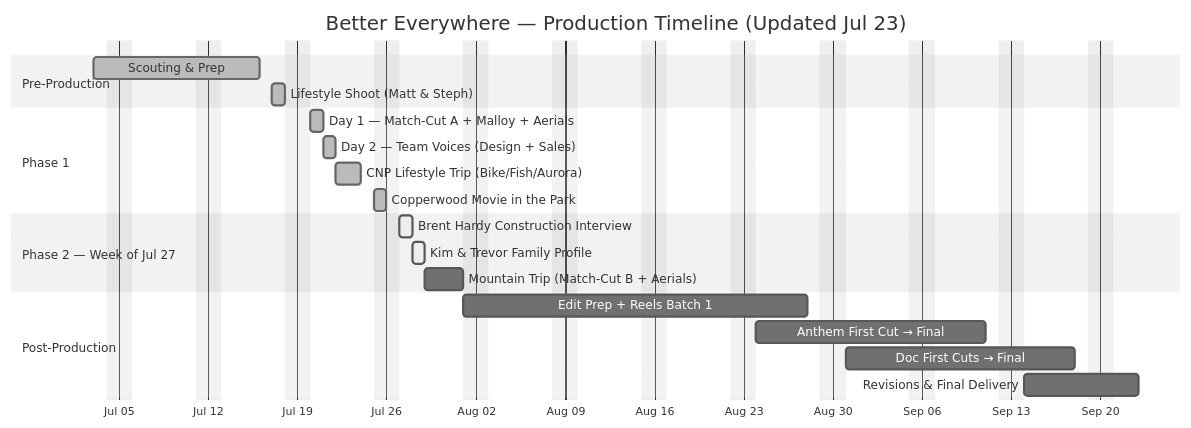
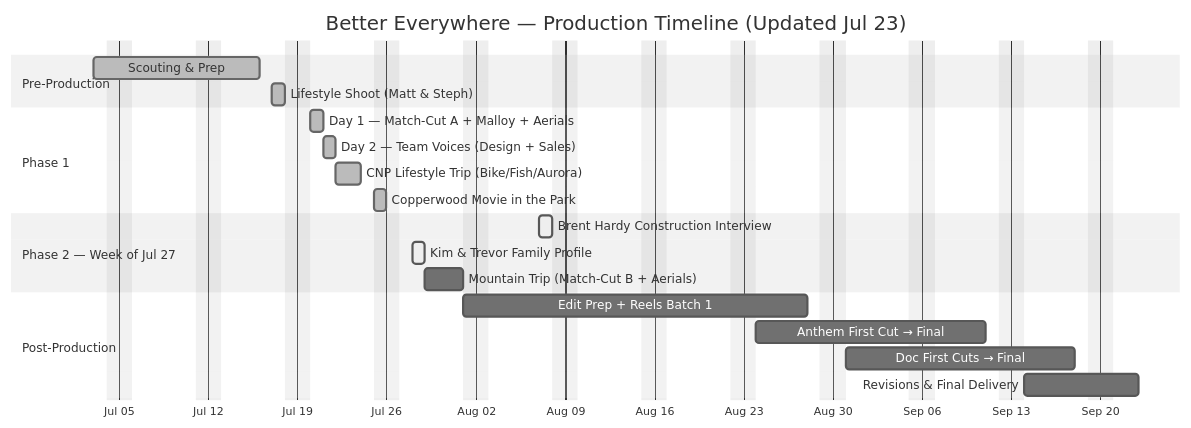
One commit to mwarf/coalbanks-portal changed the diagram in src/content/portal/stranville-living/production-plan.mdx. Above: the diagram before and after it, drawn with Mermaid (neutral theme). The commit also changed other lines of this file and 6 other files, not shown here.

````diff
--- a/src/content/portal/stranville-living/production-plan.mdx
+++ b/src/content/portal/stranville-living/production-plan.mdx
@@ -62,29 +62,29 @@
 ```mermaid
 gantt
 title Better Everywhere — Production Timeline (Updated Jul 23)
 dateFormat YYYY-MM-DD
 axisFormat %b %d
 tickInterval 1week
 excludes weekends
 
 section Pre-Production
 Scouting & Prep           :done, scout, 2026-07-03, 2026-07-16
 Lifestyle Shoot (Matt & Steph) :done, lifestyle, 2026-07-17, 1d
 
 section Phase 1
 Day 1 — Match-Cut A + Malloy + Aerials :done, day1, 2026-07-20, 1d
 Day 2 — Team Voices (Design + Sales)  :done, day2, 2026-07-21, 1d
 CNP Lifestyle Trip (Bike/Fish/Aurora) :done, day3, 2026-07-22, 2d
 Copperwood Movie in the Park          :done, evt, 2026-07-25, 1d
 
 section Phase 2 — Week of Jul 27
-Brent Hardy Construction Interview   :active, brent, 2026-07-27, 1d
+Brent Hardy Construction Interview   :active, brent, 2026-08-07, 1d
 Kim & Trevor Family Profile          :active, family, 2026-07-28, 1d
 Mountain Trip (Match-Cut B + Aerials) :mtn, 2026-07-29, 3d
 
 section Post-Production
 Edit Prep + Reels Batch 1  :post1, 2026-08-01, 20d
 Anthem First Cut → Final   :post2, 2026-08-24, 14d
 Doc First Cuts → Final     :post3, 2026-08-31, 14d
 Revisions & Final Delivery :post4, 2026-09-14, 7d
 ```
````
